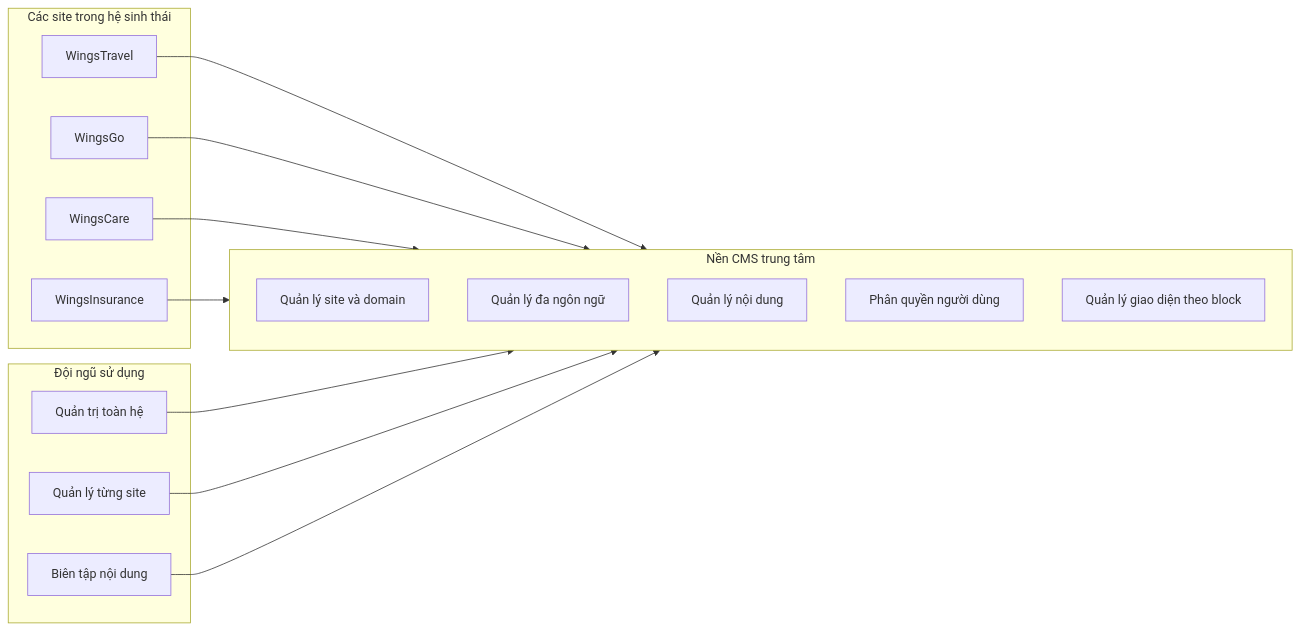
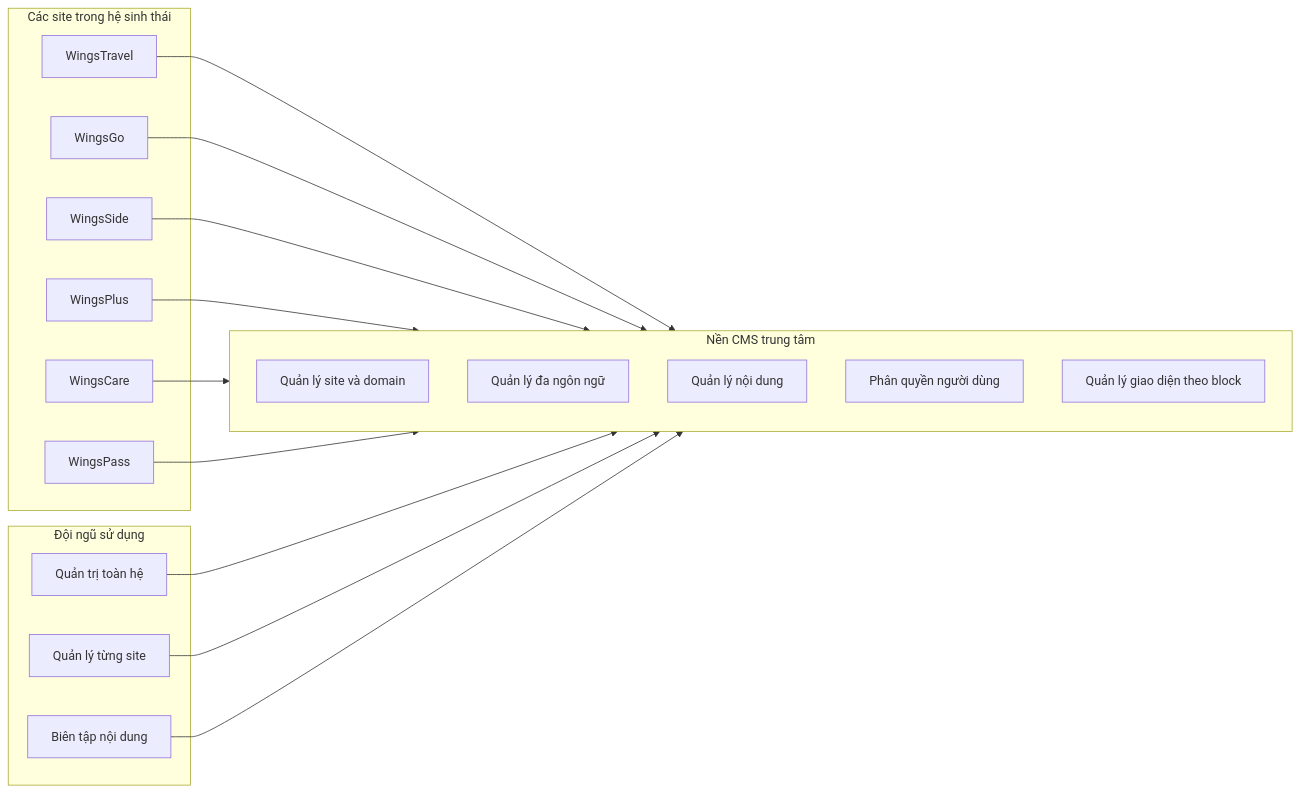
Before and after one commit to tankisstank/WingsGroup: the diagram in source/strategy/20 Kiến trúc đề xuất gửi khách hàng WingsTravel.md, drawn with Mermaid. The commit also changed other lines of this file and 149 other files, not shown here.

````diff
--- a/source/strategy/20 Kiến trúc đề xuất gửi khách hàng WingsTravel.md
+++ b/source/strategy/20 Kiến trúc đề xuất gửi khách hàng WingsTravel.md
@@ -40,32 +42,36 @@
 ```mermaid
 flowchart LR
     subgraph Sites["Các site trong hệ sinh thái"]
         A["WingsTravel"]
         B["WingsGo"]
-        C["WingsCare"]
-        D["WingsInsurance"]
+        C["WingsSide"]
+        D["WingsPlus"]
+        E["WingsCare"]
+        F["WingsPass"]
     end
 
     subgraph CMS["Nền CMS trung tâm"]
         S["Quản lý site và domain"]
         L["Quản lý đa ngôn ngữ"]
         C2["Quản lý nội dung"]
         P["Phân quyền người dùng"]
         B2["Quản lý giao diện theo block"]
     end
 
     subgraph Team["Đội ngũ sử dụng"]
         SA["Quản trị toàn hệ"]
         SM["Quản lý từng site"]
         ED["Biên tập nội dung"]
     end
 
     A --> CMS
     B --> CMS
     C --> CMS
     D --> CMS
+    E --> CMS
+    F --> CMS
 
     SA --> CMS
     SM --> CMS
     ED --> CMS
 ```
````
